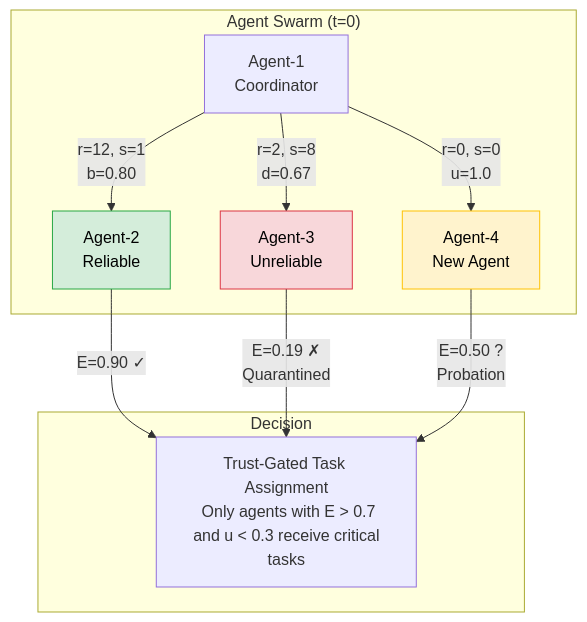
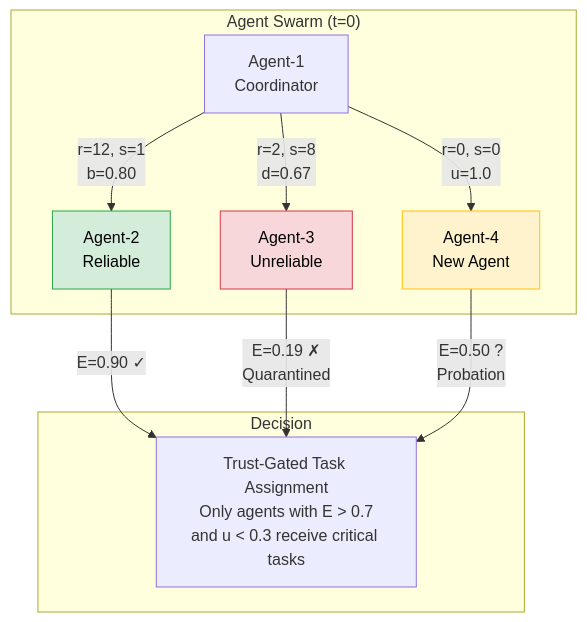
Before and after one commit to Steake/EQBSL: the sixth of 7 diagrams in rust/README.md, drawn with Mermaid. The commit also changed other lines of this file and 10 other files, not shown here.

````diff
--- a/rust/README.md
+++ b/rust/README.md
@@ -383,25 +383,25 @@
 ```mermaid
 graph TD
     subgraph Swarm["Agent Swarm (t=0)"]
-        A1["Agent-1\n Coordinator"]
-        A2["Agent-2\n Reliable"]
-        A3["Agent-3\n Unreliable"]
-        A4["Agent-4\n New Agent"]
+        A1["Agent-1<br/>Coordinator"]
+        A2["Agent-2<br/>Reliable"]
+        A3["Agent-3<br/>Unreliable"]
+        A4["Agent-4<br/>New Agent"]
     end
 
-    A1 -->|"r=12, s=1\n b=0.80"| A2
-    A1 -->|"r=2, s=8\n d=0.67"| A3
-    A1 -->|"r=0, s=0\n u=1.0"| A4
+    A1 -->|"r=12, s=1<br/>b=0.80"| A2
+    A1 -->|"r=2, s=8<br/>d=0.67"| A3
+    A1 -->|"r=0, s=0<br/>u=1.0"| A4
 
     subgraph Decision
-        D["Trust-Gated Task Assignment\n Only agents with E > 0.7\n and u < 0.3 receive critical tasks"]
+        D["Trust-Gated Task Assignment<br/>Only agents with E > 0.7<br/>and u < 0.3 receive critical tasks"]
     end
 
     A2 -->|"E=0.90 ✓"| D
-    A3 -->|"E=0.19 ✗\n Quarantined"| D
-    A4 -->|"E=0.50 ?\n Probation"| D
+    A3 -->|"E=0.19 ✗<br/>Quarantined"| D
+    A4 -->|"E=0.50 ?<br/>Probation"| D
 
     style A3 fill:#f8d7da,stroke:#dc3545,color:#000000
     style A2 fill:#d4edda,stroke:#28a745,color:#000000
     style A4 fill:#fff3cd,stroke:#ffc107,color:#000000
 ```
````
